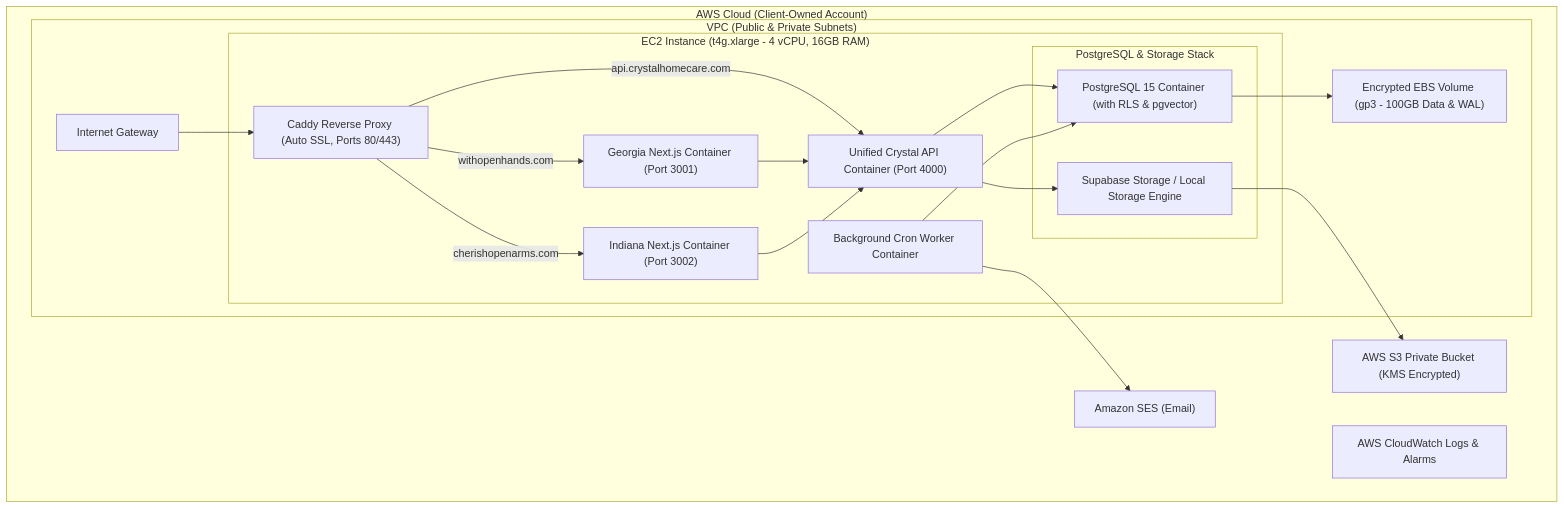
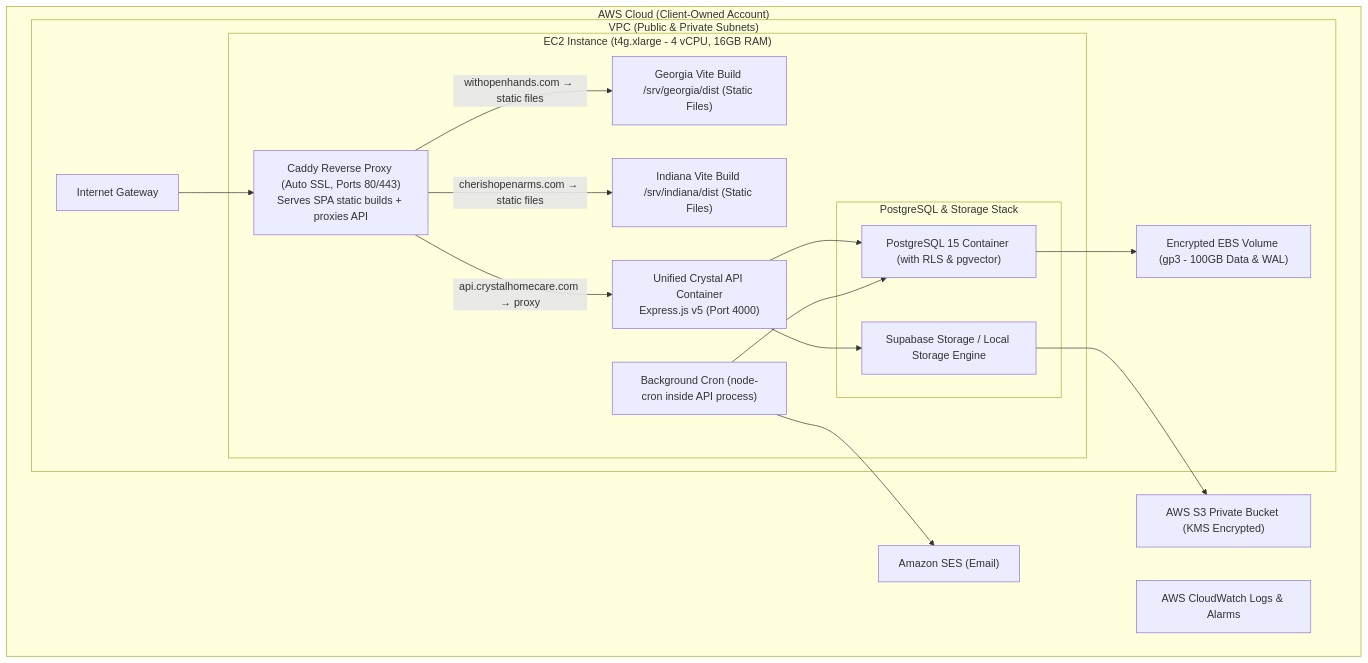
One commit to jico19/Crystal changed the fifth of 5 diagrams in docs/architecture.md. Above: the diagram before and after it, drawn with Mermaid. The commit also changed other lines of this file and 424 other files, not shown here.

````diff
--- a/docs/architecture.md
+++ b/docs/architecture.md
@@ -462,43 +608,41 @@
 ```mermaid
 graph TD
     subgraph AWS["AWS Cloud (Client-Owned Account)"]
         subgraph VPC["VPC (Public & Private Subnets)"]
             IGW["Internet Gateway"]
             
             subgraph EC2Host["EC2 Instance (t4g.xlarge - 4 vCPU, 16GB RAM)"]
-                CaddyProxy["Caddy Reverse Proxy (Auto SSL, Ports 80/443)"]
+                CaddyProxy["Caddy Reverse Proxy (Auto SSL, Ports 80/443)<br/>Serves SPA static builds + proxies API"]
                 
-                GA_App_C["Georgia Next.js Container (Port 3001)"]
-                IN_App_C["Indiana Next.js Container (Port 3002)"]
-                API_C["Unified Crystal API Container (Port 4000)"]
+                GA_Dist["Georgia Vite Build /srv/georgia/dist (Static Files)"]
+                IN_Dist["Indiana Vite Build /srv/indiana/dist (Static Files)"]
+                API_C["Unified Crystal API Container<br/>Express.js v5 (Port 4000)"]
                 
                 subgraph DBStack["PostgreSQL & Storage Stack"]
                     PostgresC["PostgreSQL 15 Container (with RLS & pgvector)"]
                     StorageC["Supabase Storage / Local Storage Engine"]
                 end
                 
-                CronWorker_C["Background Cron Worker Container"]
+                CronWorker_C["Background Cron (node-cron inside API process)"]
             end
             
             EBS["Encrypted EBS Volume (gp3 - 100GB Data & WAL)"]
         end
         
         S3Private["AWS S3 Private Bucket (KMS Encrypted)"]
         SESService["Amazon SES (Email)"]
         CloudWatchLogs["AWS CloudWatch Logs & Alarms"]
     end
 
     IGW --> CaddyProxy
-    CaddyProxy -- "withopenhands.com" --> GA_App_C
-    CaddyProxy -- "cherishopenarms.com" --> IN_App_C
-    CaddyProxy -- "api.crystalhomecare.com" --> API_C
+    CaddyProxy -- "withopenhands.com → static files" --> GA_Dist
+    CaddyProxy -- "cherishopenarms.com → static files" --> IN_Dist
+    CaddyProxy -- "api.crystalhomecare.com → proxy" --> API_C
     
-    GA_App_C --> API_C
-    IN_App_C --> API_C
     API_C --> PostgresC
     API_C --> StorageC
     PostgresC --> EBS
     StorageC --> S3Private
     CronWorker_C --> PostgresC
     CronWorker_C --> SESService
 ```
````
